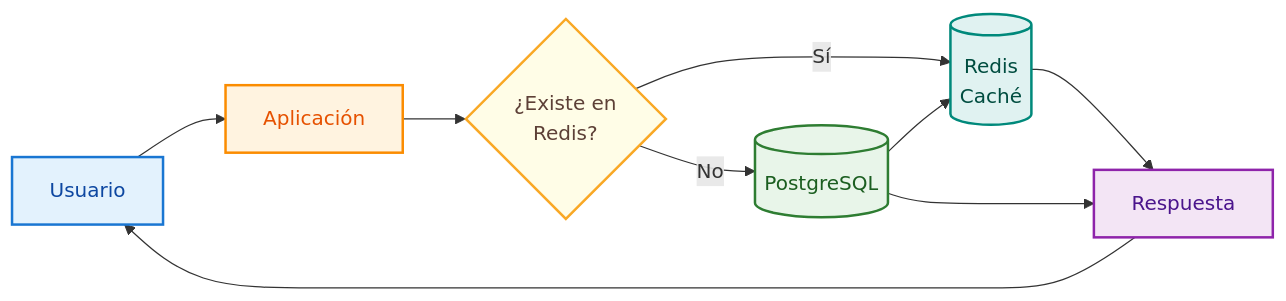
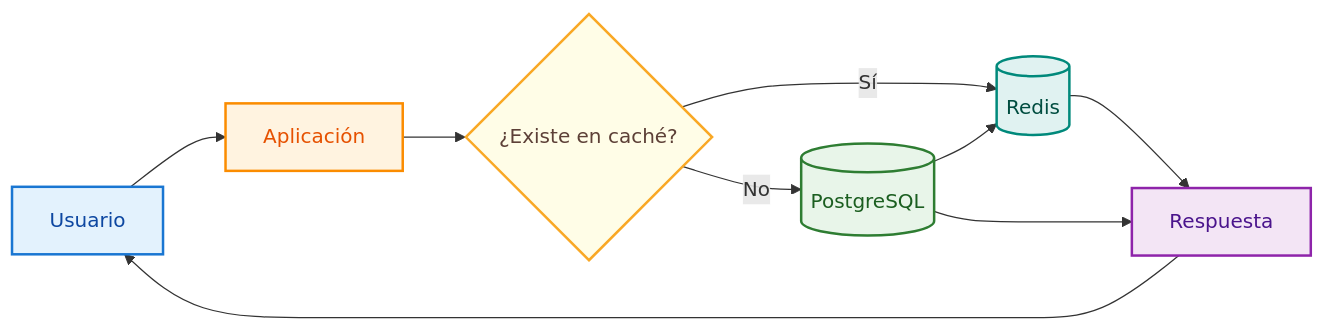
The sixth of 7 diagrams in arquitectura/arquitectura-inicial.md (Roki-7/PlataformaServicios-Arquitectura-Anderson-Ochoa), drawn with Mermaid before and after one commit. The commit also changed other lines of this file, not shown here.

Commit message:
docs: reorganizar arquitectura con diagramas profesionales

````diff
--- a/arquitectura/arquitectura-inicial.md
+++ b/arquitectura/arquitectura-inicial.md
@@ -569,42 +375,33 @@
 ```mermaid
 flowchart LR
 
-    USER["Usuario"]
+    U["Usuario"]
+    APP["Aplicación"]
+    DEC{"¿Existe en caché?"}
+    RC[("Redis")]
+    DB[("PostgreSQL")]
+    RES["Respuesta"]
 
-    APP["Aplicación"]
-
-    CACHE{"¿Existe en<br/>Redis?"}
-
-    REDIS[("Redis<br/>Caché")]
-
-    DB[("PostgreSQL")]
-
-    RESULT["Respuesta"]
-
-    USER --> APP
-    APP --> CACHE
-
-    CACHE -->|"Sí"| REDIS
-    REDIS --> RESULT
-
-    CACHE -->|"No"| DB
-    DB --> REDIS
-    DB --> RESULT
-
-    RESULT --> USER
-
+    U --> APP
+    APP --> DEC
+    DEC -->|"Sí"| RC
+    RC --> RES
+    DEC -->|"No"| DB
+    DB --> RC
+    DB --> RES
+    RES --> U
 
     classDef user fill:#E3F2FD,stroke:#1976D2,color:#0D47A1,stroke-width:2px;
     classDef app fill:#FFF3E0,stroke:#FB8C00,color:#E65100,stroke-width:2px;
-    classDef decision fill:#FFFDE7,stroke:#F9A825,color:#5D4037,stroke-width:2px;
+    classDef dec fill:#FFFDE7,stroke:#F9A825,color:#5D4037,stroke-width:2px;
     classDef cache fill:#E0F2F1,stroke:#00897B,color:#004D40,stroke-width:2px;
-    classDef database fill:#E8F5E9,stroke:#2E7D32,color:#1B5E20,stroke-width:2px;
-    classDef result fill:#F3E5F5,stroke:#8E24AA,color:#4A148C,stroke-width:2px;
+    classDef db fill:#E8F5E9,stroke:#2E7D32,color:#1B5E20,stroke-width:2px;
+    classDef res fill:#F3E5F5,stroke:#8E24AA,color:#4A148C,stroke-width:2px;
 
-    class USER user;
+    class U user;
     class APP app;
-    class CACHE decision;
-    class REDIS cache;
-    class DB database;
-    class RESULT result;
+    class DEC dec;
+    class RC cache;
+    class DB db;
+    class RES res;
 ```
````
